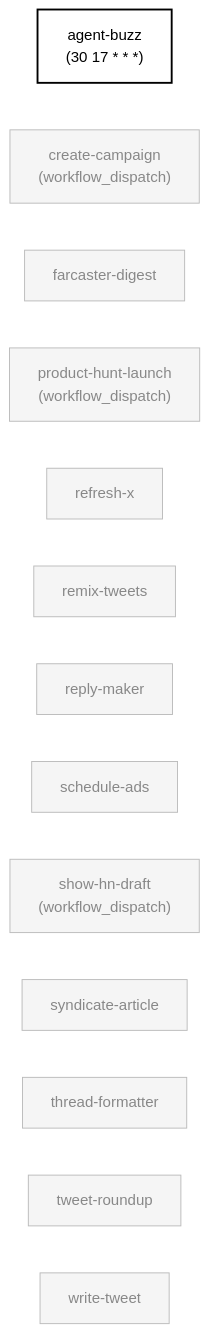
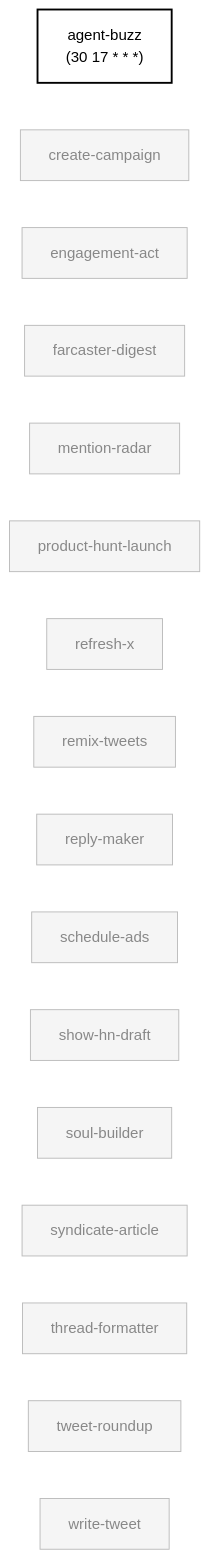
The seventh of 7 diagrams in docs/skill-graph.md (anajuliabit/aeon), drawn with Mermaid before and after one commit. The commit also changed other lines of this file and 1 other file, not shown here.

First line of the commit message:
docs(skill-graph): regenerate map (+68 skills · 4→5 depends_on · 9→21 shared-state)

````diff
--- a/docs/skill-graph.md
+++ b/docs/skill-graph.md
@@ -451,45 +669,54 @@
 ```mermaid
 flowchart LR
   agent_buzz["agent-buzz<br/>(30 17 * * *)"]
-  create_campaign["create-campaign<br/>(workflow_dispatch)"]
+  create_campaign["create-campaign"]
+  engagement_act["engagement-act"]
   farcaster_digest["farcaster-digest"]
-  product_hunt_launch["product-hunt-launch<br/>(workflow_dispatch)"]
+  mention_radar["mention-radar"]
+  product_hunt_launch["product-hunt-launch"]
   refresh_x["refresh-x"]
   remix_tweets["remix-tweets"]
   reply_maker["reply-maker"]
   schedule_ads["schedule-ads"]
-  show_hn_draft["show-hn-draft<br/>(workflow_dispatch)"]
+  show_hn_draft["show-hn-draft"]
+  soul_builder["soul-builder"]
   syndicate_article["syndicate-article"]
   thread_formatter["thread-formatter"]
   tweet_roundup["tweet-roundup"]
   write_tweet["write-tweet"]
   class agent_buzz enabled
   click agent_buzz "../skills/agent-buzz/SKILL.md"
   class create_campaign disabled
   click create_campaign "../skills/create-campaign/SKILL.md"
+  class engagement_act disabled
+  click engagement_act "../skills/engagement-act/SKILL.md"
   class farcaster_digest disabled
   click farcaster_digest "../skills/farcaster-digest/SKILL.md"
+  class mention_radar disabled
+  click mention_radar "../skills/mention-radar/SKILL.md"
   class product_hunt_launch disabled
   click product_hunt_launch "../skills/product-hunt-launch/SKILL.md"
   class refresh_x disabled
   click refresh_x "../skills/refresh-x/SKILL.md"
   class remix_tweets disabled
   click remix_tweets "../skills/remix-tweets/SKILL.md"
   class reply_maker disabled
   click reply_maker "../skills/reply-maker/SKILL.md"
   class schedule_ads disabled
   click schedule_ads "../skills/schedule-ads/SKILL.md"
   class show_hn_draft disabled
   click show_hn_draft "../skills/show-hn-draft/SKILL.md"
+  class soul_builder disabled
+  click soul_builder "../skills/soul-builder/SKILL.md"
   class syndicate_article disabled
   click syndicate_article "../skills/syndicate-article/SKILL.md"
   class thread_formatter disabled
   click thread_formatter "../skills/thread-formatter/SKILL.md"
   class tweet_roundup disabled
   click tweet_roundup "../skills/tweet-roundup/SKILL.md"
   class write_tweet disabled
   click write_tweet "../skills/write-tweet/SKILL.md"
   classDef enabled fill:#fff,stroke:#000,stroke-width:2px,color:#000
   classDef disabled fill:#f5f5f5,stroke:#bbb,color:#888
   classDef external fill:none,stroke:#bbb,stroke-dasharray:3 3,color:#888
 ```
````
